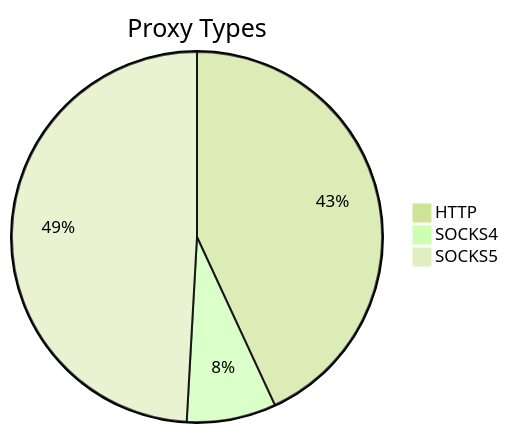
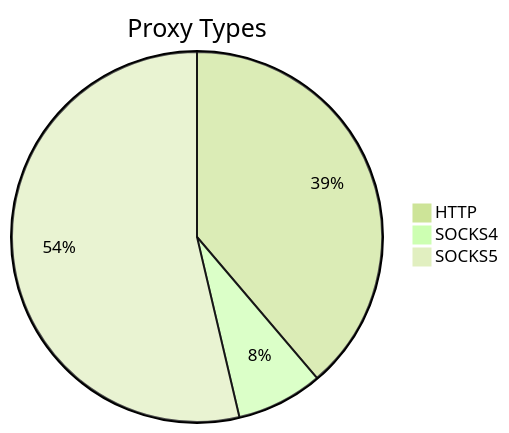
One commit to stormsia/proxy-list changed the first of 2 diagrams in README.md. Above: the diagram before and after it, drawn with Mermaid (forest theme). The commit also changed other lines of this file, not shown here.

````diff
--- a/README.md
+++ b/README.md
@@ -21,6 +21,6 @@
 ```mermaid
 pie title Proxy Types
-    "HTTP" : 680
-    "SOCKS4" : 123
-    "SOCKS5" : 775
+    "HTTP" : 216
+    "SOCKS4" : 42
+    "SOCKS5" : 299
 ```
````
